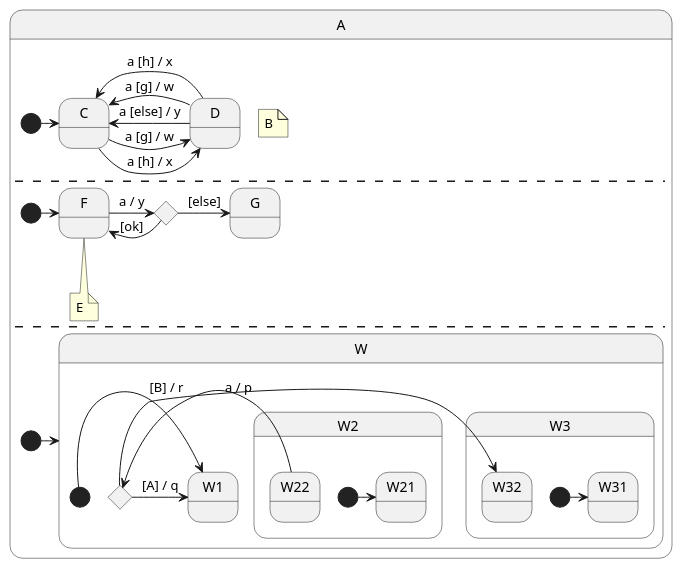
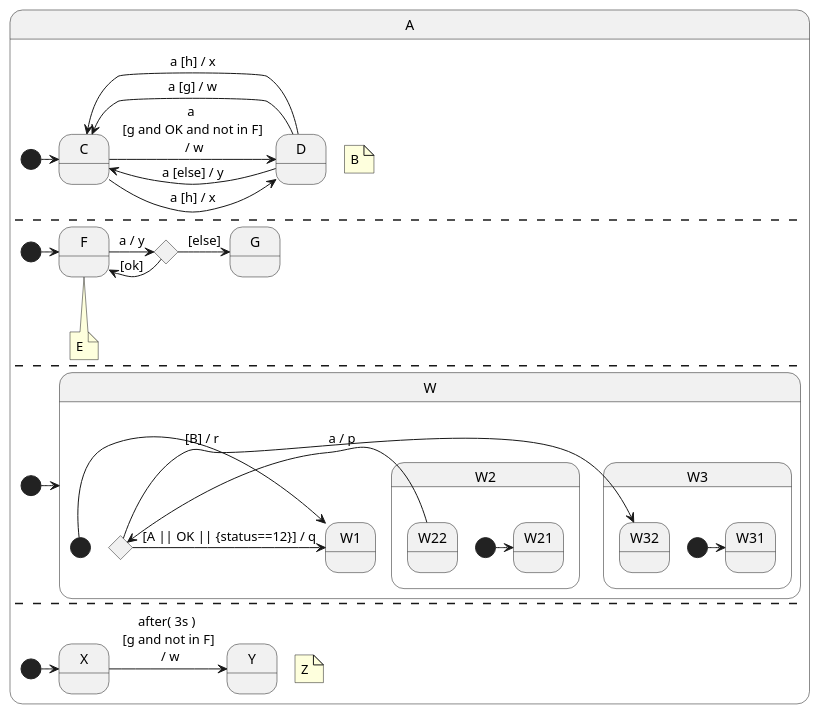
The diagram in temp.puml (theodore-norvell/cogent), drawn with PlantUML before and after one commit. The commit also changed 4 other files, not shown here.

```diff
--- a/temp.puml
+++ b/temp.puml
@@ -1,44 +1,50 @@
 @startuml
     state A {
         note "B" as B
         [*] -> C
         state C
         state D
-        C -> D: a [g] / w
+        C -> D: a \n [g and OK and not in F] \n / w
         C -> D: a [h] / x
         D -> C : a [g] / w
         D -> C : a [h] / x
         D -> C : a [else] / y
         --
         note "E" as E
         [*] -> F
         state F
         state G
         state H <<choice>>
         F -> H: a / y
         H -> F: [ok] 
         H -> G: [else]
         F --> E : XYZ
         --
         [*] -> W
         state W {
             [*] -> W1
             state W1
             state WC <<choice>>
             state W2 {
                 [*] -> W21
                 state W21
                 state W22
                 W22 -> WC : a / p
             }
             state W3 {
                 [*] -> W31
                 state W31
                 state W32
             }
-            WC -> W1 : [A] / q
+            WC -> W1 : [A || OK || {status==12}] / q
             WC -> W32 : [B] / r
         }
+        --
+        note "Z" as Z
+        [*] -> X
+        state X
+        state Y
+        X -> Y: after( 3s ) \n [g and not in F] \n / w
     }
     state A
 @enduml
```
